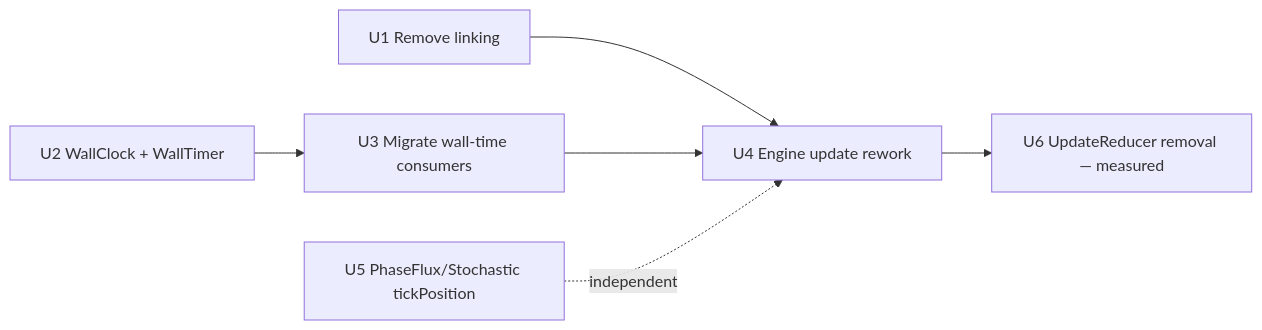
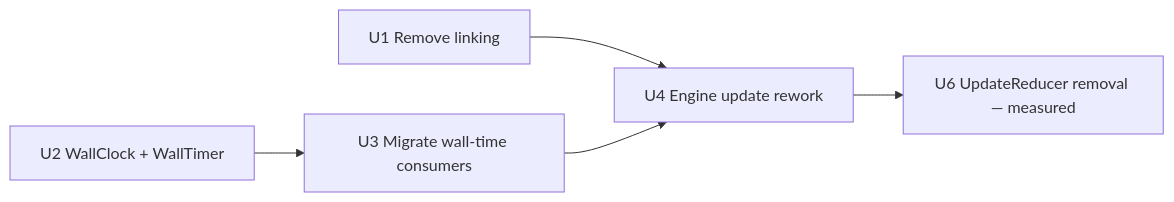
One commit to onoma2/xformer changed the diagram in docs/plans/2026-05-30-001-refactor-engine-spine-overhaul-plan.md. Above: the diagram before and after it, drawn with Mermaid. The commit also changed other lines of this file, not shown here.

First line of the commit message:
docs(plans): close U5 (tickPosition parity) as not-applicable

````diff
--- a/docs/plans/2026-05-30-001-refactor-engine-spine-overhaul-plan.md
+++ b/docs/plans/2026-05-30-001-refactor-engine-spine-overhaul-plan.md
@@ -117,8 +118,7 @@
 ```mermaid
 graph LR
   U1[U1 Remove linking] --> U4[U4 Engine update rework]
   U2[U2 WallClock + WallTimer] --> U3[U3 Migrate wall-time consumers]
   U3 --> U4
   U4 --> U6[U6 UpdateReducer removal — measured]
-  U5[U5 PhaseFlux/Stochastic tickPosition] -.independent.-> U4
 ```
````
